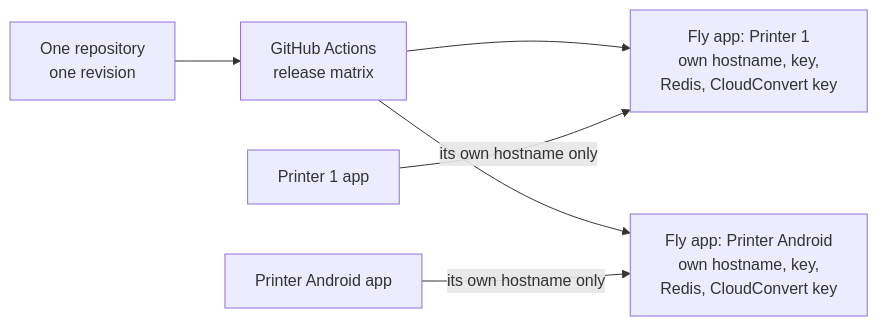
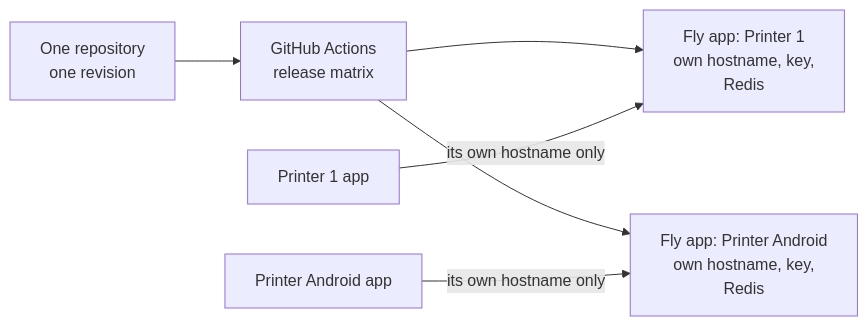
Before and after one commit to Tisobyn/LibraPDF-Converter: the third of 3 diagrams in docs/ARCHITECTURE.md, drawn with Mermaid. The commit also changed other lines of this file and 23 other files, not shown here.

First line of the commit message:
Remove CloudConvert, convert with LibreOffice only

````diff
--- a/docs/ARCHITECTURE.md
+++ b/docs/ARCHITECTURE.md
@@ -55,8 +44,8 @@
 ```mermaid
 flowchart LR
     REPO["One repository<br/>one revision"] --> CI["GitHub Actions<br/>release matrix"]
-    CI --> F1["Fly app: Printer 1<br/>own hostname, key,<br/>Redis, CloudConvert key"]
-    CI --> F2["Fly app: Printer Android<br/>own hostname, key,<br/>Redis, CloudConvert key"]
+    CI --> F1["Fly app: Printer 1<br/>own hostname, key,<br/>Redis"]
+    CI --> F2["Fly app: Printer Android<br/>own hostname, key,<br/>Redis"]
     P1["Printer 1 app"] -- "its own hostname only" --> F1
     P2["Printer Android app"] -- "its own hostname only" --> F2
 ```
````
